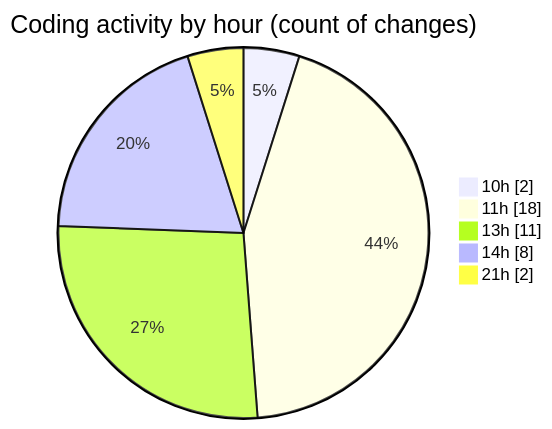
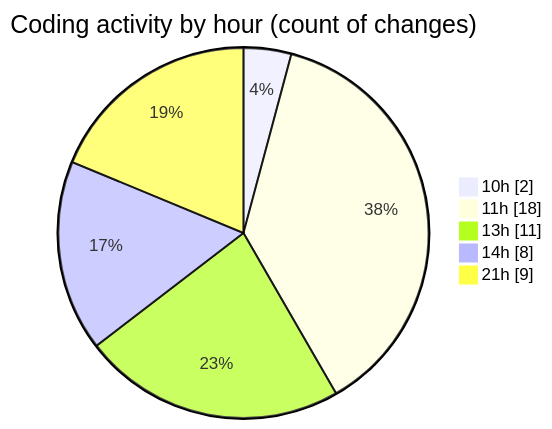
One commit to MatusMokan/code-tracking changed the second of 2 diagrams in 2025-03-17/myws__workspace_/README.md. Above: the diagram before and after it, drawn with Mermaid. The commit also changed other lines of this file and 1 other file, not shown here.

````diff
--- a/2025-03-17/myws__workspace_/README.md
+++ b/2025-03-17/myws__workspace_/README.md
@@ -33,9 +34,9 @@
 ```mermaid
 pie showData
 title Coding activity by hour (count of changes)
 "10h" : 2
 "11h" : 18
 "13h" : 11
 "14h" : 8
-"21h" : 2
+"21h" : 9
 ```
````
